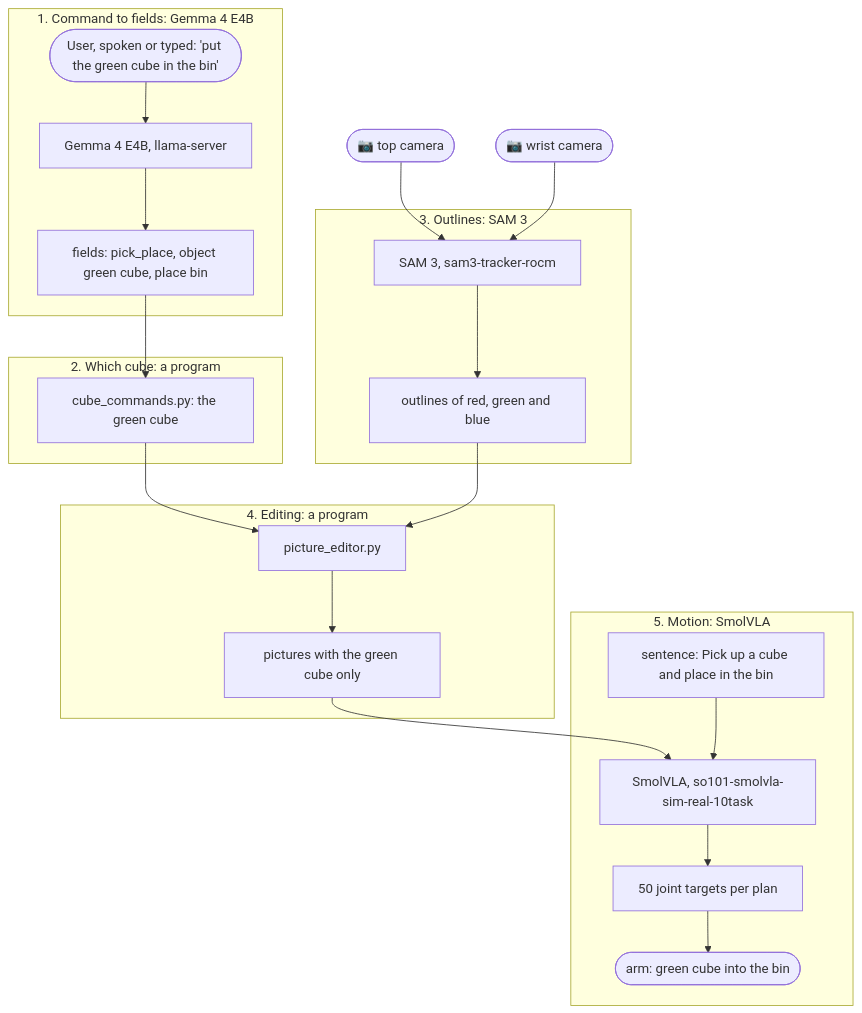
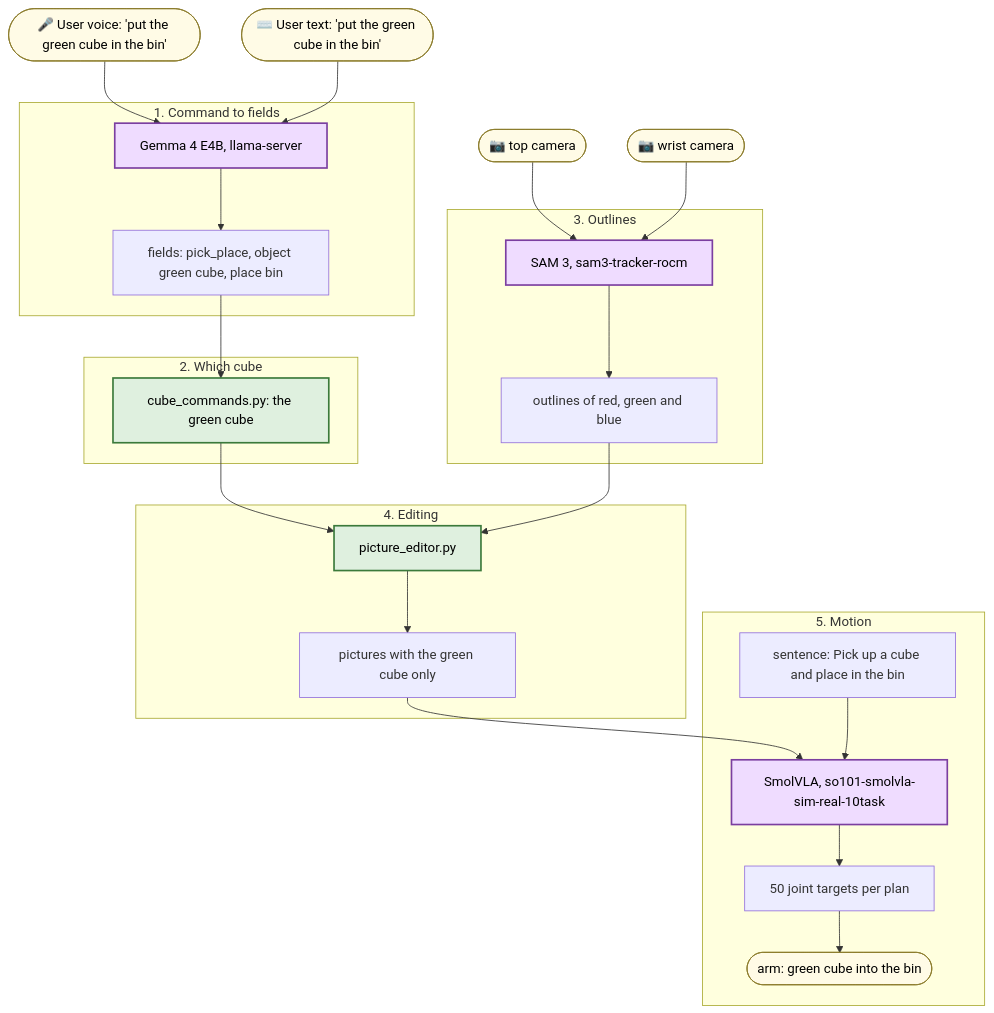
Before and after one commit to ThomasGmeinder/embedded-x86-ai: the diagram in workshops/so101-smolvla/README.md, drawn with Mermaid. The commit also changed other lines of this file, not shown here.

Commit message:
docs(so101): the use-case diagram has two user inputs (voice, text) outside the Gemma box and colours the models apart from the programs

````diff
--- a/workshops/so101-smolvla/README.md
+++ b/workshops/so101-smolvla/README.md
@@ -38,27 +38,33 @@
 ```mermaid
 flowchart TD
-  subgraph S1 ["1. Command to fields: Gemma 4 E4B"]
-    U(["User, spoken or typed: 'put the green cube in the bin'"]) --> G["Gemma 4 E4B, llama-server"]
-    G --> F["fields: pick_place, object green cube, place bin"]
+  UV(["🎤 User voice: 'put the green cube in the bin'"]):::input
+  UT(["⌨️ User text: 'put the green cube in the bin'"]):::input
+  subgraph S1 ["1. Command to fields"]
+    G["Gemma 4 E4B, llama-server"]:::model --> F["fields: pick_place, object green cube, place bin"]
   end
-  subgraph S2 ["2. Which cube: a program"]
-    F --> C["cube_commands.py: the green cube"]
+  UV --> G
+  UT --> G
+  subgraph S2 ["2. Which cube"]
+    F --> C["cube_commands.py: the green cube"]:::program
   end
-  T(["📷 top camera"])
-  W(["📷 wrist camera"])
-  subgraph S3 ["3. Outlines: SAM 3"]
-    M["SAM 3, sam3-tracker-rocm"] --> O["outlines of red, green and blue"]
+  T(["📷 top camera"]):::input
+  W(["📷 wrist camera"]):::input
+  subgraph S3 ["3. Outlines"]
+    M["SAM 3, sam3-tracker-rocm"]:::model --> O["outlines of red, green and blue"]
   end
   T --> M
   W --> M
-  subgraph S4 ["4. Editing: a program"]
-    C --> E["picture_editor.py"]
+  subgraph S4 ["4. Editing"]
+    C --> E["picture_editor.py"]:::program
     O --> E
     E --> P["pictures with the green cube only"]
   end
-  subgraph S5 ["5. Motion: SmolVLA"]
-    P --> V["SmolVLA, so101-smolvla-sim-real-10task"]
-    X["sentence: Pick up a cube and place in the bin"] --> V
-    V --> J["50 joint targets per plan"] --> A(["arm: green cube into the bin"])
+  subgraph S5 ["5. Motion"]
+    P --> VLA["SmolVLA, so101-smolvla-sim-real-10task"]:::model
+    X["sentence: Pick up a cube and place in the bin"] --> VLA
+    VLA --> J["50 joint targets per plan"] --> A(["arm: green cube into the bin"]):::input
   end
+  classDef model fill:#efdcff,stroke:#7b3fa0,stroke-width:2px,color:#000
+  classDef program fill:#dff0df,stroke:#3b7a3b,stroke-width:2px,color:#000
+  classDef input fill:#fffbe6,stroke:#8a7a2a,color:#000
 ```
````
